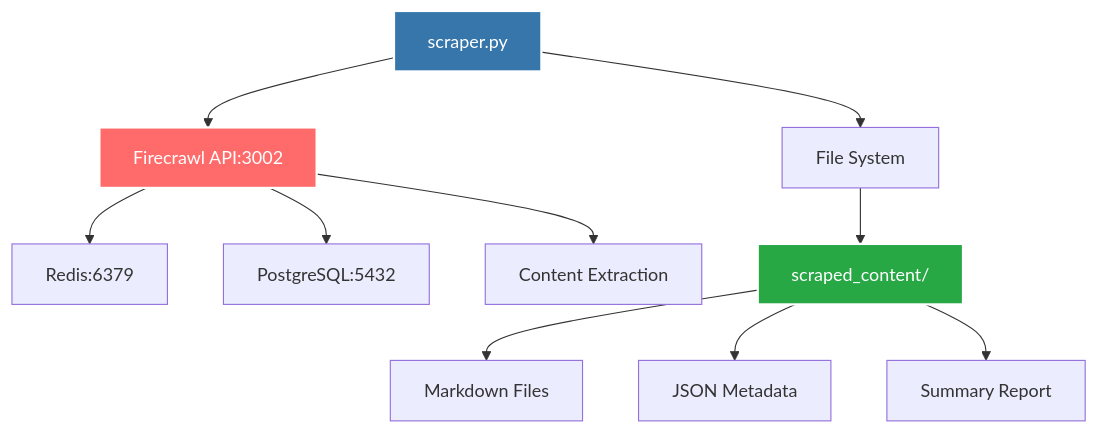
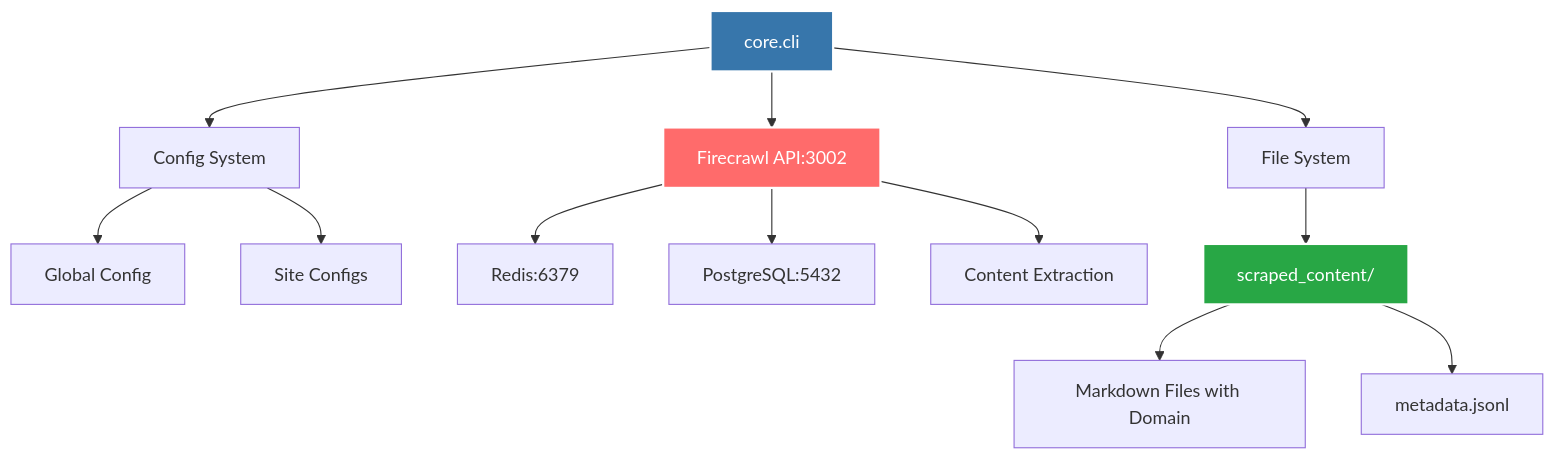
Before and after one commit to lopezbec/cocina-dominicana-crawl_Dominican_LLM_project: the first of 3 diagrams in readme.markdown, drawn with Mermaid. The commit also changed other lines of this file and 1 other file, not shown here.

First line of the commit message:
docs: update documentation for multi-site architecture

````diff
--- a/readme.markdown
+++ b/readme.markdown
@@ -22,16 +22,18 @@
 ```mermaid
 graph TB
-    A[scraper.py] --> B[Firecrawl API:3002]
-    B --> C[Redis:6379]
-    B --> D[PostgreSQL:5432]
-    B --> E[Content Extraction]
-    A --> F[File System]
-    F --> G[scraped_content/]
-    G --> H[Markdown Files]
-    G --> I[JSON Metadata]
-    G --> J[Summary Report]
+    A[core.cli] --> B[Firecrawl API:3002]
+    A --> C[Config System]
+    C --> D[Global Config]
+    C --> E[Site Configs]
+    B --> F[Redis:6379]
+    B --> G[PostgreSQL:5432]
+    B --> H[Content Extraction]
+    A --> I[File System]
+    I --> J[scraped_content/]
+    J --> K[Markdown Files with Domain]
+    J --> L[metadata.jsonl]
     
     style A fill:#3776AB,stroke:#fff,stroke-width:2px,color:#fff
     style B fill:#FF6B6B,stroke:#fff,stroke-width:2px,color:#fff
-    style G fill:#28a745,stroke:#fff,stroke-width:2px,color:#fff
+    style J fill:#28a745,stroke:#fff,stroke-width:2px,color:#fff
 ```
````
